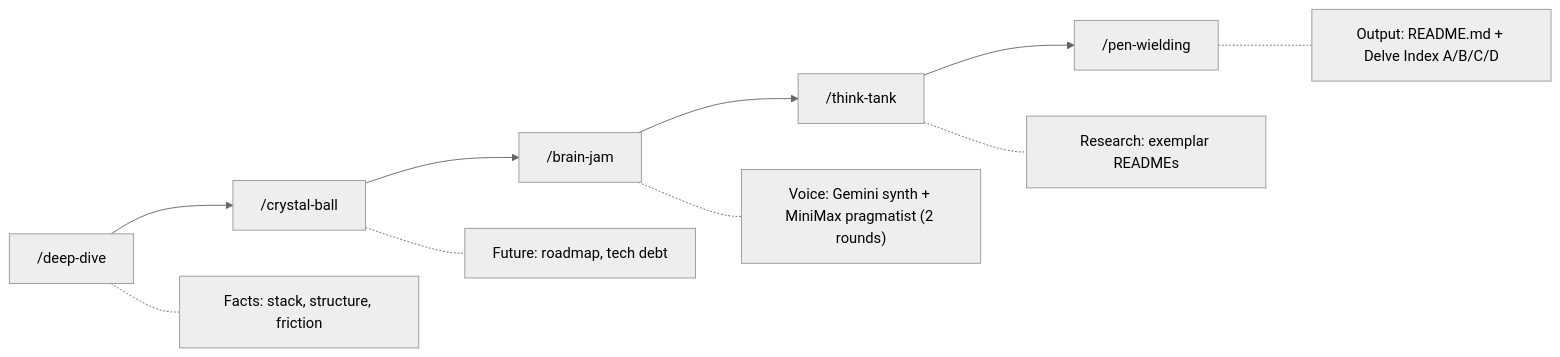
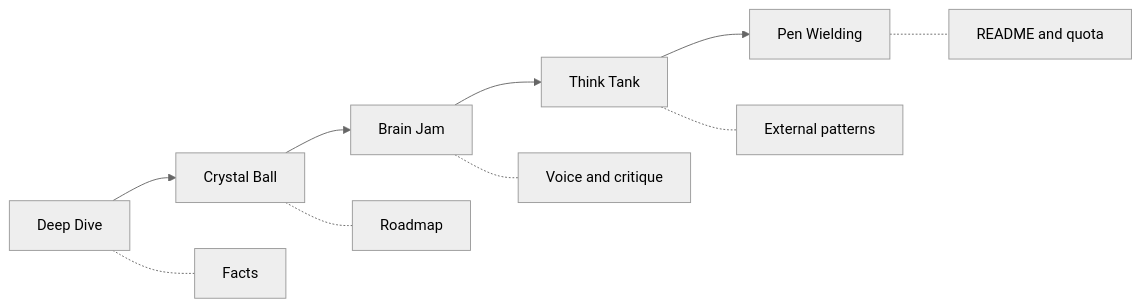
One commit to kellenff/claudikins-github-readme-for-perfectionists changed the diagram in README.md. Above: the diagram before and after it, drawn with Mermaid (neutral theme). The commit also changed other lines of this file, not shown here.

````diff
--- a/README.md
+++ b/README.md
@@ -103,13 +84,13 @@
 ```mermaid
 flowchart LR
-    A["/deep-dive"] --> B["/crystal-ball"]
-    B --> C["/brain-jam"]
-    C --> D["/think-tank"]
-    D --> E["/pen-wielding"]
+    A[Deep Dive] --> B[Crystal Ball]
+    B --> C[Brain Jam]
+    C --> D[Think Tank]
+    D --> E[Pen Wielding]
 
-    A -.- A1["Facts: stack, structure, friction"]
-    B -.- B1["Future: roadmap, tech debt"]
-    C -.- C1["Voice: Gemini synth + MiniMax pragmatist (2 rounds)"]
-    D -.- D1["Research: exemplar READMEs"]
-    E -.- E1["Output: README.md + Delve Index A/B/C/D"]
+    A -.- A1[Facts]
+    B -.- B1[Roadmap]
+    C -.- C1[Voice and critique]
+    D -.- D1[External patterns]
+    E -.- E1[README and quota]
 ```
````
